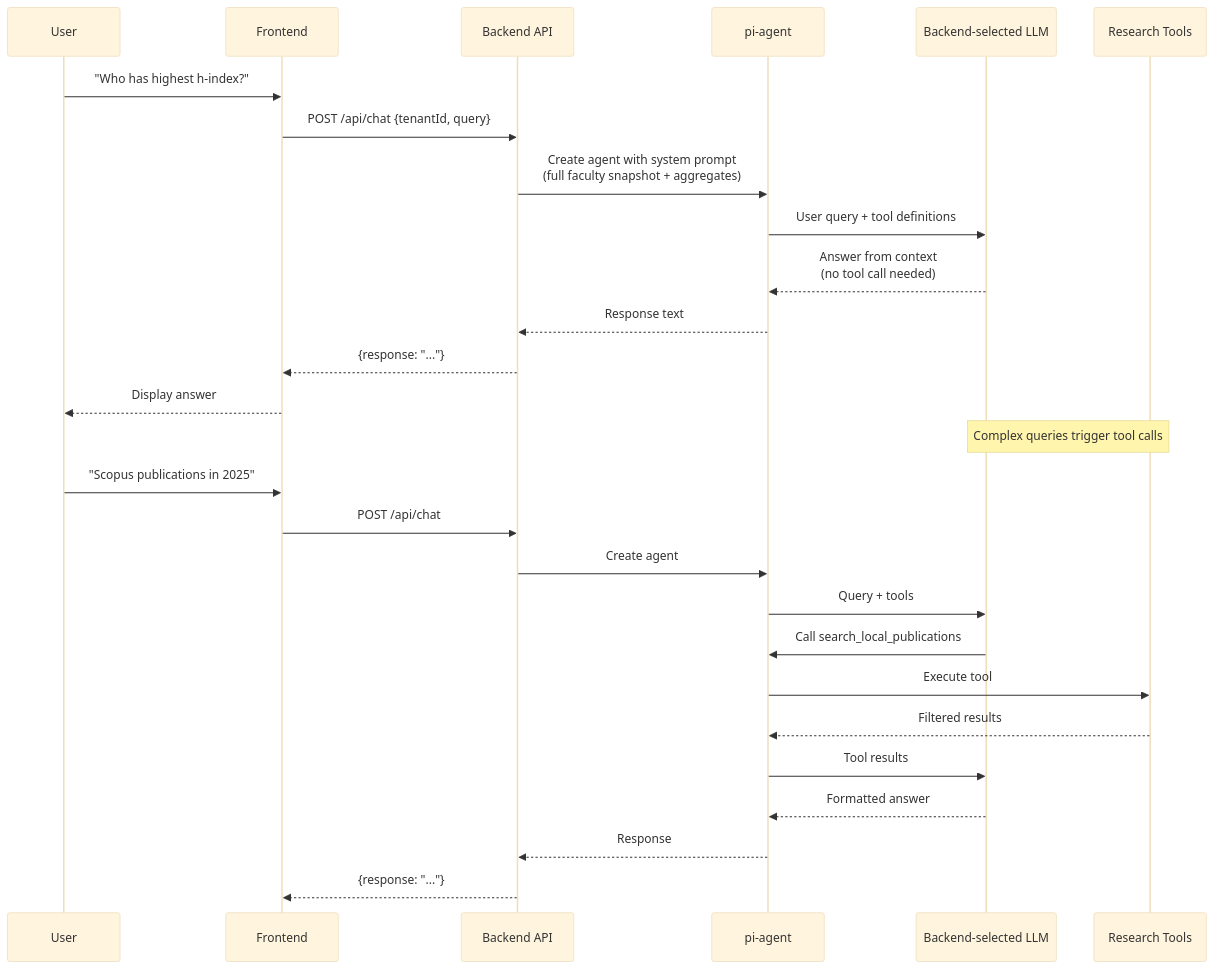
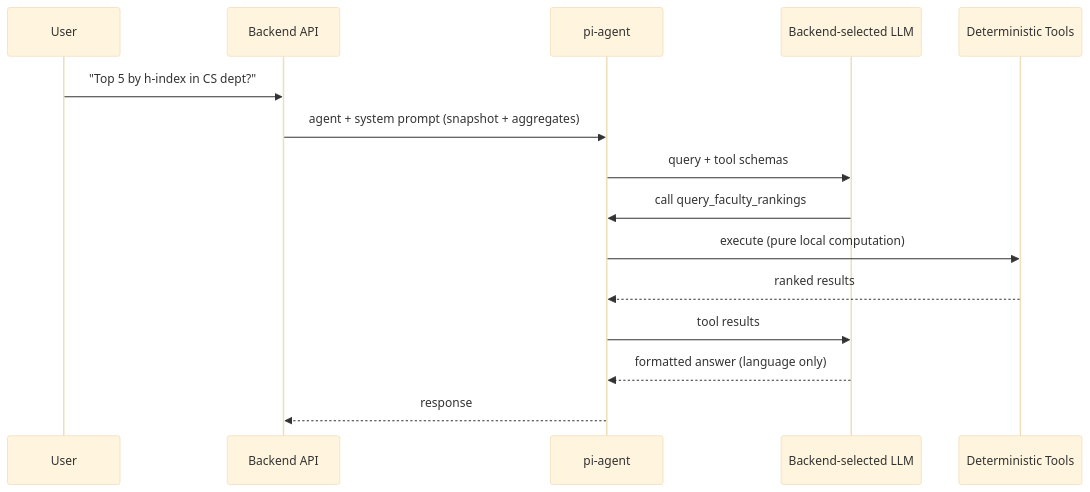
Before and after one commit to SZabolotnii/ORCID-OpenAlex-Research-Aggregator: the third of 4 diagrams in README.md, drawn with Mermaid (base theme). The commit also changed other lines of this file, not shown here.

````diff
--- a/README.md
+++ b/README.md
@@ -88,32 +142,18 @@
 ```mermaid
 sequenceDiagram
     participant U as User
-    participant F as Frontend
     participant B as Backend API
     participant A as pi-agent
     participant G as Backend-selected LLM
-    participant T as Research Tools
+    participant T as Deterministic Tools
 
-    U->>F: "Who has highest h-index?"
-    F->>B: POST /api/chat {tenantId, query}
-    B->>A: Create agent with system prompt<br/>(full faculty snapshot + aggregates)
-    A->>G: User query + tool definitions
-    G-->>A: Answer from context<br/>(no tool call needed)
-    A-->>B: Response text
-    B-->>F: {response: "..."}
-    F-->>U: Display answer
-
-    Note over G,T: Complex queries trigger tool calls
-
-    U->>F: "Scopus publications in 2025"
-    F->>B: POST /api/chat
-    B->>A: Create agent
-    A->>G: Query + tools
-    G->>A: Call search_local_publications
-    A->>T: Execute tool
-    T-->>A: Filtered results
-    A->>G: Tool results
-    G-->>A: Formatted answer
-    A-->>B: Response
-    B-->>F: {response: "..."}
+    U->>B: "Top 5 by h-index in CS dept?"
+    B->>A: agent + system prompt (snapshot + aggregates)
+    A->>G: query + tool schemas
+    G->>A: call query_faculty_rankings
+    A->>T: execute (pure local computation)
+    T-->>A: ranked results
+    A->>G: tool results
+    G-->>A: formatted answer (language only)
+    A-->>B: response
 ```
````
